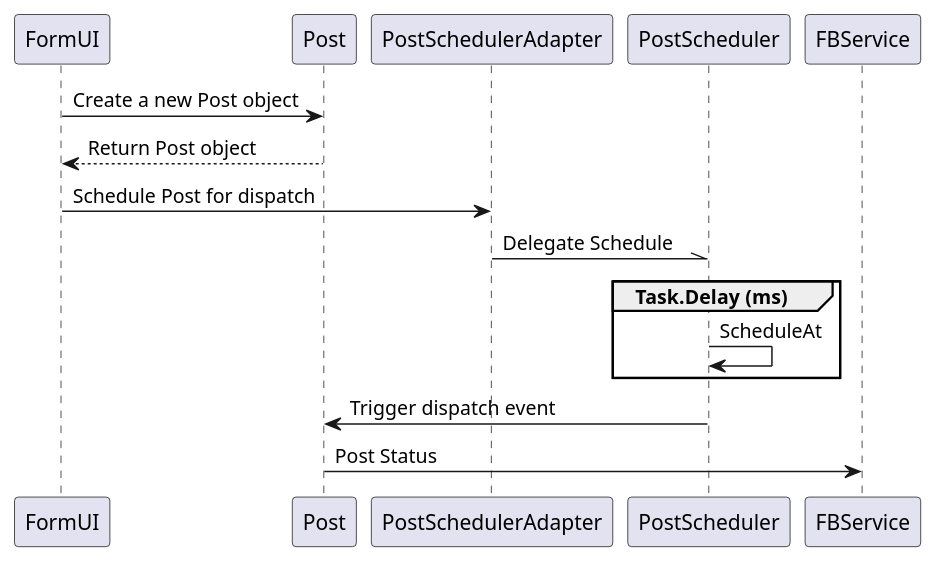
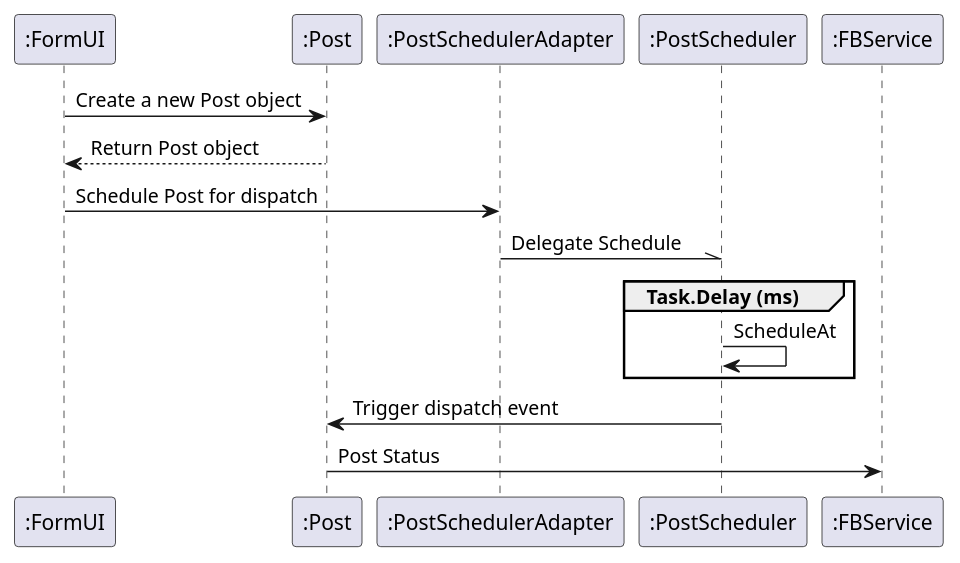
One commit to Asafffff/mta-dp-facebook changed the diagram in puml/sequence-scheduler-adapter.puml. Above: the diagram before and after it, drawn with PlantUML. The commit also changed 2 other files, not shown here.

```diff
--- a/puml/sequence-scheduler-adapter.puml
+++ b/puml/sequence-scheduler-adapter.puml
@@ -1,20 +1,20 @@
 @startuml
-participant FormUI
-participant Post
-participant PostSchedulerAdapter
-participant PostScheduler
-participant FBService
+participant ":FormUI"
+participant ":Post"
+participant ":PostSchedulerAdapter"
+participant ":PostScheduler"
+participant ":FBService"
 
-FormUI -> Post: Create a new Post object
-Post --> FormUI: Return Post object
-FormUI -> PostSchedulerAdapter: Schedule Post for dispatch
-PostSchedulerAdapter -\\ PostScheduler: Delegate Schedule
+":FormUI" -> ":Post": Create a new Post object
+":Post" --> ":FormUI": Return Post object
+":FormUI" -> ":PostSchedulerAdapter": Schedule Post for dispatch
+":PostSchedulerAdapter" -\\ ":PostScheduler": Delegate Schedule
 
 group Task.Delay (ms)
-    PostScheduler -> PostScheduler: ScheduleAt
+    ":PostScheduler" -> ":PostScheduler": ScheduleAt
 end
 
-PostScheduler -> Post: Trigger dispatch event
-Post -> FBService: Post Status
+":PostScheduler" -> ":Post": Trigger dispatch event
+":Post" -> ":FBService": Post Status
 
 @enduml
```
